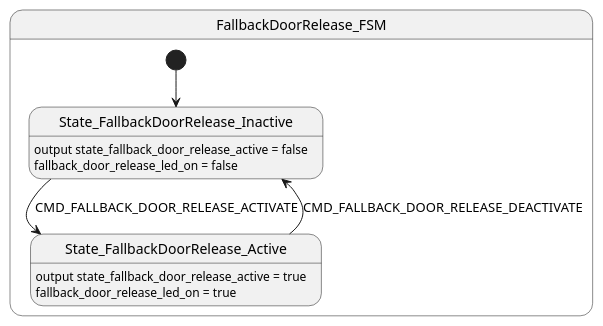
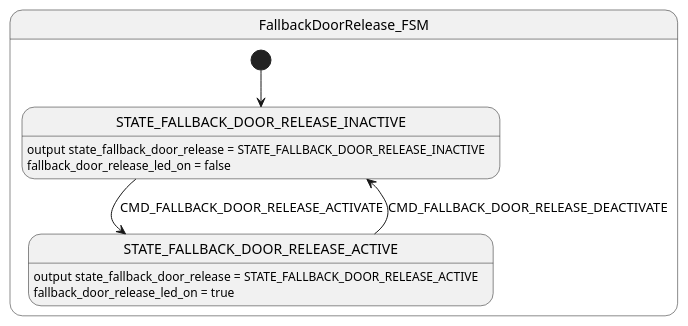
One commit to paetzholdt/CANRepo changed the diagram in docs/state_machines/node-door-controller/fallback_door_release_fsm.puml. Above: the diagram before and after it, drawn with PlantUML. The commit also changed 3 other files, not shown here.

Commit message:
- add door release fsm and door release supervisor activity diagram - refactor fallback door release fsm and supervisor activity

```diff
--- a/docs/state_machines/node-door-controller/fallback_door_release_fsm.puml
+++ b/docs/state_machines/node-door-controller/fallback_door_release_fsm.puml
@@ -1,21 +1,21 @@
 @startuml fallback_door_release_fsm
 
 state FallbackDoorRelease_FSM {
-    [*] --> State_FallbackDoorRelease_Inactive
-    state State_FallbackDoorRelease_Inactive
-    state State_FallbackDoorRelease_Active
+    [*] --> STATE_FALLBACK_DOOR_RELEASE_INACTIVE
+    state STATE_FALLBACK_DOOR_RELEASE_INACTIVE
+    state STATE_FALLBACK_DOOR_RELEASE_ACTIVE
 
-    State_FallbackDoorRelease_Inactive: output state_fallback_door_release_active = false
-    State_FallbackDoorRelease_Inactive: fallback_door_release_led_on = false
+    STATE_FALLBACK_DOOR_RELEASE_INACTIVE: output state_fallback_door_release = STATE_FALLBACK_DOOR_RELEASE_INACTIVE
+    STATE_FALLBACK_DOOR_RELEASE_INACTIVE: fallback_door_release_led_on = false
 
 
-    State_FallbackDoorRelease_Active: output state_fallback_door_release_active = true
-    State_FallbackDoorRelease_Active: fallback_door_release_led_on = true
+    STATE_FALLBACK_DOOR_RELEASE_ACTIVE: output state_fallback_door_release = STATE_FALLBACK_DOOR_RELEASE_ACTIVE
+    STATE_FALLBACK_DOOR_RELEASE_ACTIVE: fallback_door_release_led_on = true
 
-    State_FallbackDoorRelease_Inactive --> State_FallbackDoorRelease_Active : CMD_FALLBACK_DOOR_RELEASE_ACTIVATE
-    State_FallbackDoorRelease_Active --> State_FallbackDoorRelease_Inactive : CMD_FALLBACK_DOOR_RELEASE_DEACTIVATE
+    STATE_FALLBACK_DOOR_RELEASE_INACTIVE --> STATE_FALLBACK_DOOR_RELEASE_ACTIVE : CMD_FALLBACK_DOOR_RELEASE_ACTIVATE
+    STATE_FALLBACK_DOOR_RELEASE_ACTIVE --> STATE_FALLBACK_DOOR_RELEASE_INACTIVE : CMD_FALLBACK_DOOR_RELEASE_DEACTIVATE
 
 }
 
 
 @enduml
```
